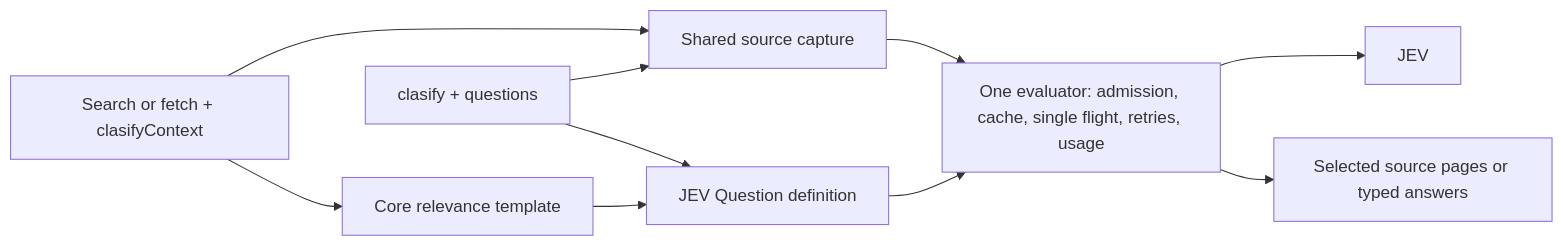
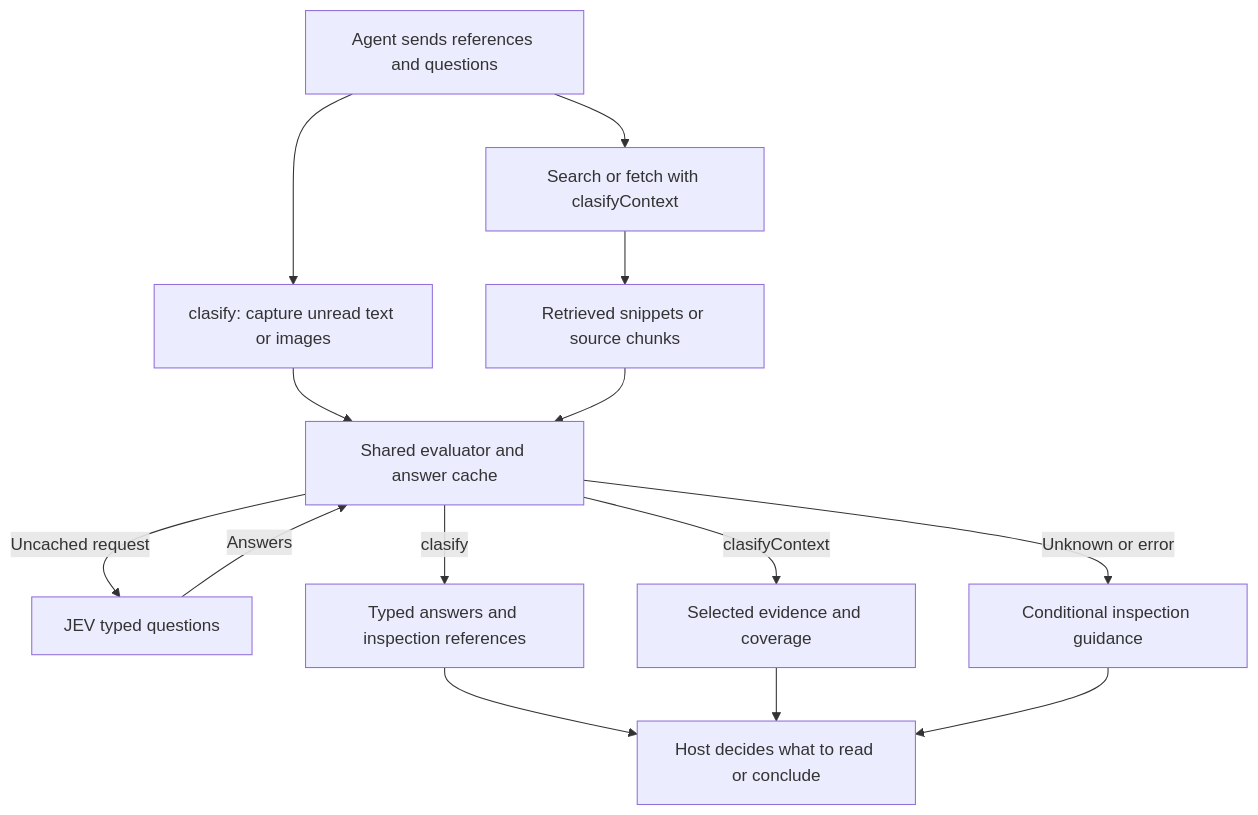
One commit to bgauryy/octocode-mcp changed the diagram in docs/OCTOCODE_CLASIFY.md. Above: the diagram before and after it, drawn with Mermaid. The commit also changed other lines of this file and 523 other files, not shown here.

````diff
--- a/docs/OCTOCODE_CLASIFY.md
+++ b/docs/OCTOCODE_CLASIFY.md
@@ -214,12 +17,16 @@
 ```mermaid
-flowchart LR
-    R[Search or fetch + clasifyContext] --> T[Core relevance template]
-    C[clasify + questions] --> Q[JEV Question definition]
-    T --> Q
-    R --> S[Shared source capture]
-    C --> S
-    S --> E[One evaluator: admission, cache, single flight, retries, usage]
-    Q --> E
-    E --> J[JEV]
-    E --> O[Selected source pages or typed answers]
+flowchart TD
+    A[Agent sends references and questions] --> C[clasify: capture unread text or images]
+    A --> S[Search or fetch with clasifyContext]
+    S --> W[Retrieved snippets or source chunks]
+    C --> E[Shared evaluator and answer cache]
+    W --> E
+    E -->|Uncached request| J[JEV typed questions]
+    J -->|Answers| E
+    E -->|clasify| T[Typed answers and inspection references]
+    E -->|clasifyContext| P[Selected evidence and coverage]
+    E -->|Unknown or error| R[Conditional inspection guidance]
+    T --> H[Host decides what to read or conclude]
+    P --> H
+    R --> H
 ```
````
